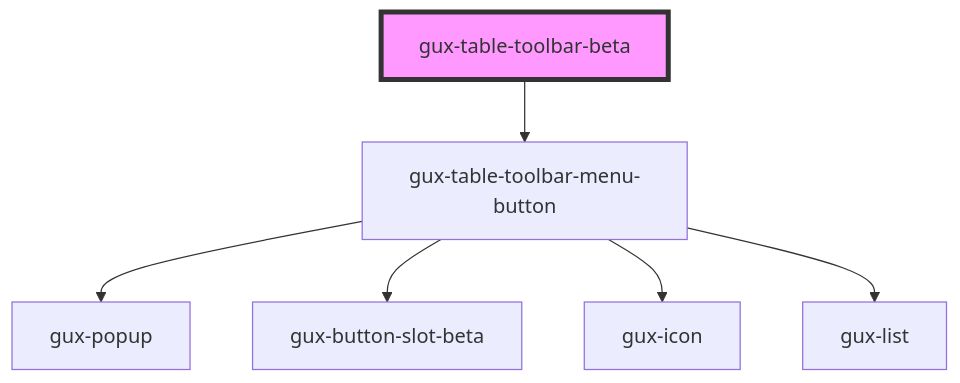
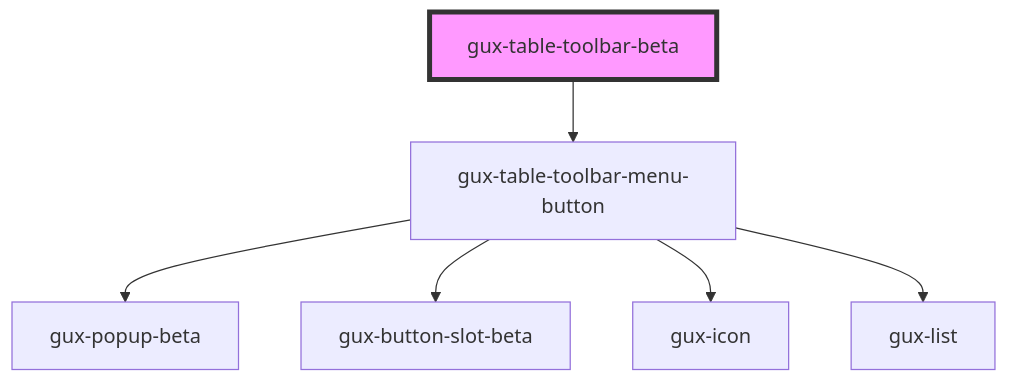
One commit to MyPureCloud/genesys-spark changed the diagram in src/components/beta/gux-table-toolbar/readme.md. Above: the diagram before and after it, drawn with Mermaid. The commit also changed 36 other files, not shown here.

First line of the commit message:
feat(gux-popup-beta): replace gux-popup with gux-popup-beta in components (#1145)

````diff
--- a/src/components/beta/gux-table-toolbar/readme.md
+++ b/src/components/beta/gux-table-toolbar/readme.md
@@ -26,9 +26,9 @@
 ```mermaid
 graph TD;
   gux-table-toolbar-beta --> gux-table-toolbar-menu-button
-  gux-table-toolbar-menu-button --> gux-popup
+  gux-table-toolbar-menu-button --> gux-popup-beta
   gux-table-toolbar-menu-button --> gux-button-slot-beta
   gux-table-toolbar-menu-button --> gux-icon
   gux-table-toolbar-menu-button --> gux-list
   style gux-table-toolbar-beta fill:#f9f,stroke:#333,stroke-width:4px
 ```
````
